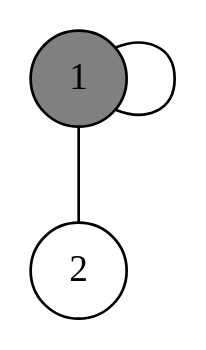
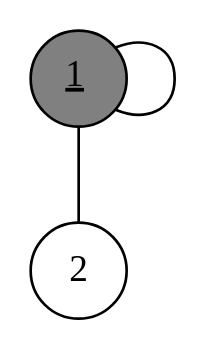
Before and after one commit to skyvier/bachelors-thesis: the diagram in graphs/even_example/2.dot, drawn with Graphviz. The commit also changed 9 other files, not shown here.

```diff
--- a/graphs/even_example/2.dot
+++ b/graphs/even_example/2.dot
@@ -1,5 +1,5 @@
 graph second {
    1 -- 1 -- 2;
-   1 [shape=circle, style=filled, fillcolor=grey]
+   1 [shape=circle, style=filled, fillcolor=grey, label=<<u>\N</u>>]
    2 [shape=circle]
 }
```
